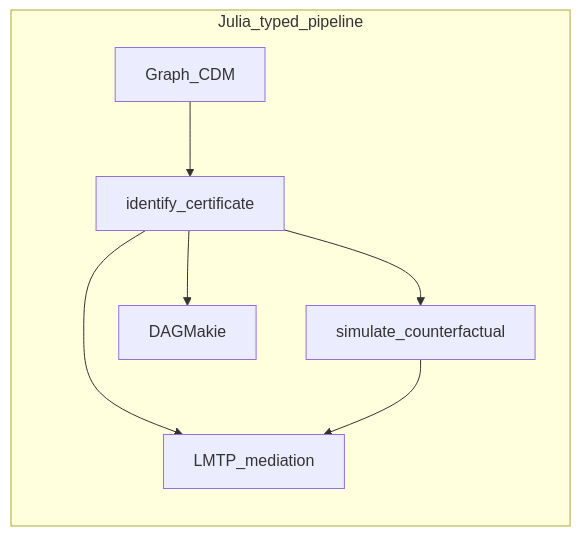
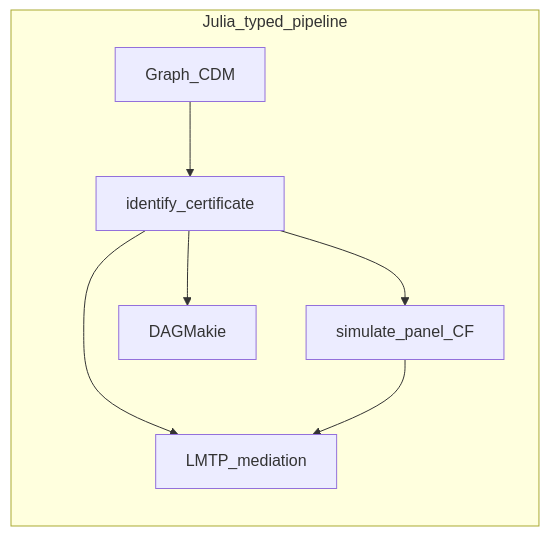
Before and after one commit to SimonAB/CausalTargeted.jl: the diagram in ECOSYSTEM_COMPARISON.md, drawn with Mermaid. The commit also changed other lines of this file and 21 other files, not shown here.

````diff
--- a/ECOSYSTEM_COMPARISON.md
+++ b/ECOSYSTEM_COMPARISON.md
@@ -21,10 +21,10 @@
 ```mermaid
 flowchart LR
   subgraph juliaStack [Julia_typed_pipeline]
     G[Graph_CDM] --> ID[identify_certificate]
-    ID --> SIM[simulate_counterfactual]
+    ID --> SIM[simulate_panel_CF]
     ID --> EST[LMTP_mediation]
     ID --> PLOT[DAGMakie]
     SIM --> EST
   end
 ```
````
